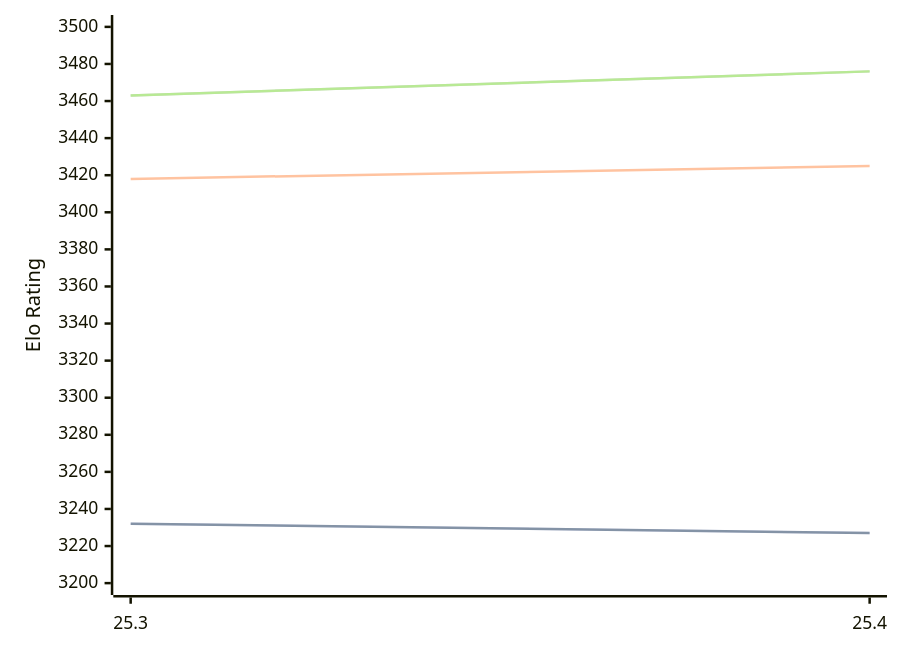
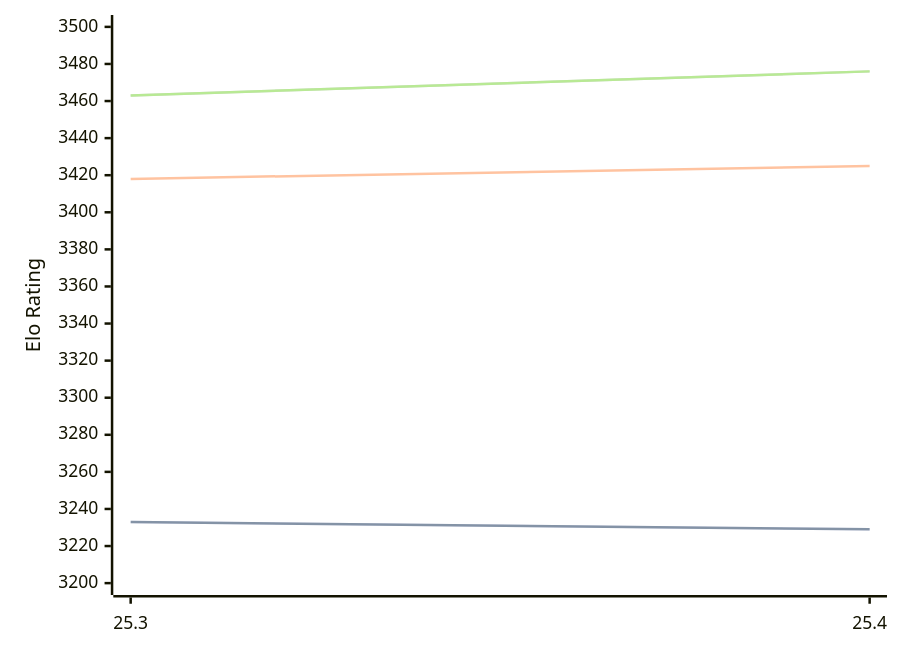
The diagram in engines/Arasan.md (computer-chess-index/cci), drawn with Mermaid before and after one commit. The commit also changed other lines of this file, not shown here.

````diff
--- a/engines/Arasan.md
+++ b/engines/Arasan.md
@@ -40,11 +34,11 @@
 ```mermaid
 %%{init: {"theme":"base","themeVariables":{"seriesColors:['#a3a3a3','#222221','#faa371']}}}%%
 xychart-beta
   x-axis ["25.3", "25.4"]
   y-axis "Elo Rating" 3200 --> 3500
-  line "STC (8.0+0.08s)" [3232, 3227]
-  line "STC (8.0+0.08s)" [3232, 3227]
+  line "STC (8.0+0.08s)" [3233, 3229]
+  line "STC (8.0+0.08s)" [3233, 3229]
   line "LTC (60.0+0.60s)" [3418, 3425]
   line "VLTC (2m24s+1.12s)" [3463, 3476]
   line "VLTC (2m24s+1.12s)" [3463, 3476]
 ```
````
